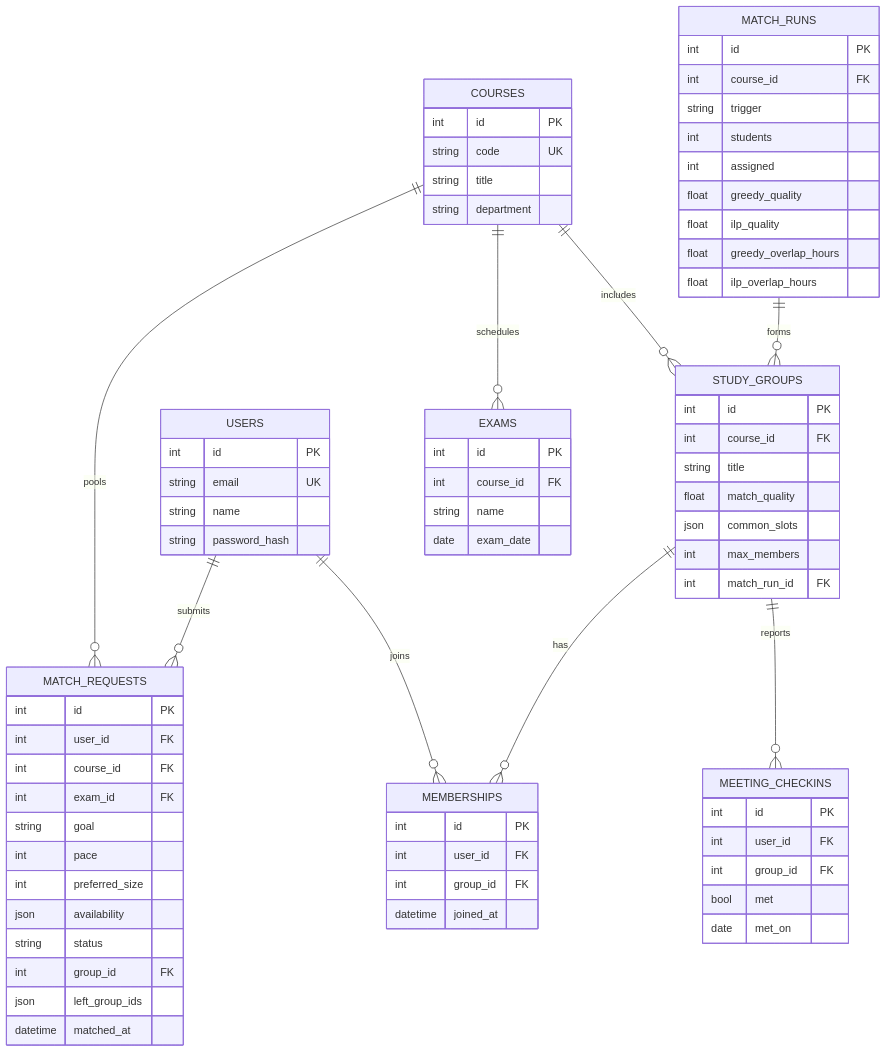
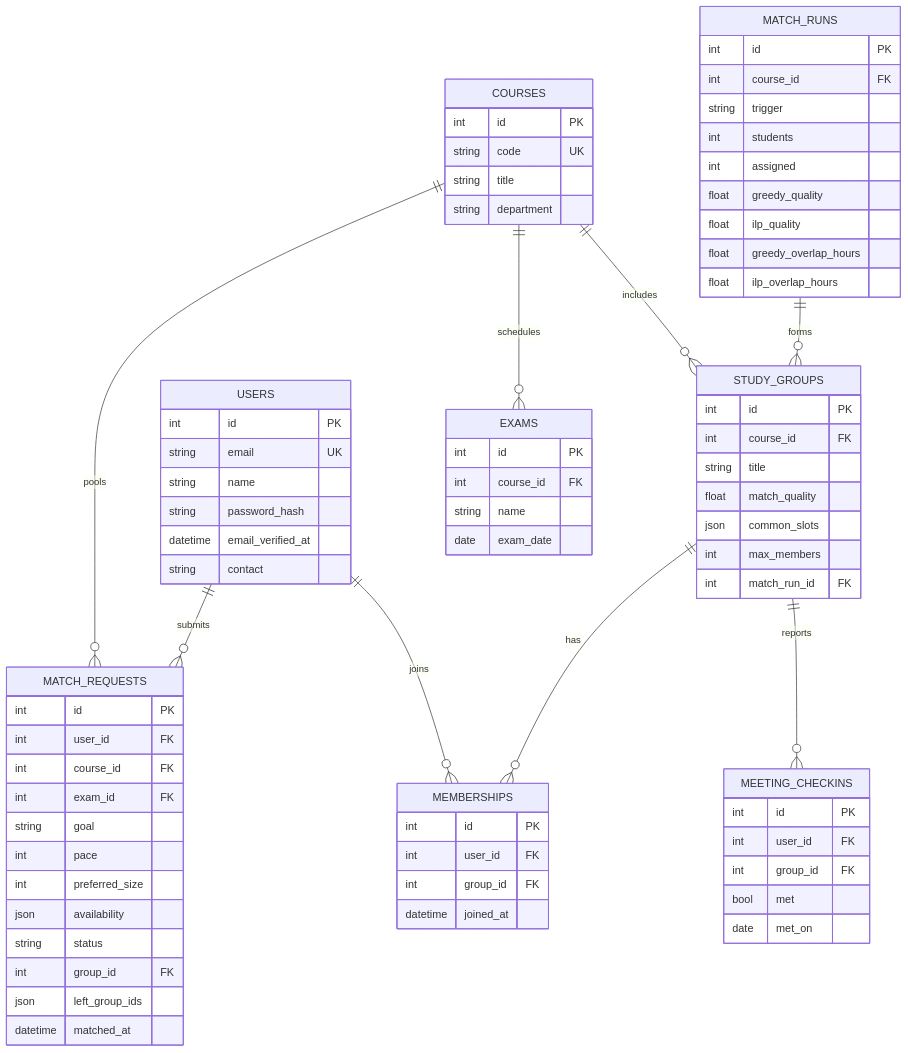
The diagram in docs/schema.md (jessicalanggg/campusconnect), drawn with Mermaid before and after one commit. The commit also changed 14 other files, not shown here.

````diff
--- a/docs/schema.md
+++ b/docs/schema.md
@@ -3,19 +3,19 @@
 ```mermaid
 erDiagram
  USERS ||--o{ MEMBERSHIPS : joins
  COURSES ||--o{ STUDY_GROUPS : includes
  STUDY_GROUPS ||--o{ MEMBERSHIPS : has
  STUDY_GROUPS ||--o{ MEETING_CHECKINS : reports
  COURSES ||--o{ EXAMS : schedules
  COURSES ||--o{ MATCH_REQUESTS : pools
  USERS ||--o{ MATCH_REQUESTS : submits
  MATCH_RUNS ||--o{ STUDY_GROUPS : forms
- USERS { int id PK string email UK string name string password_hash }
+ USERS { int id PK string email UK string name string password_hash datetime email_verified_at string contact }
  COURSES { int id PK string code UK string title string department }
  STUDY_GROUPS { int id PK int course_id FK string title float match_quality json common_slots int max_members int match_run_id FK }
  EXAMS { int id PK int course_id FK string name date exam_date }
  MATCH_REQUESTS { int id PK int user_id FK int course_id FK int exam_id FK string goal int pace int preferred_size json availability string status int group_id FK json left_group_ids datetime matched_at }
  MATCH_RUNS { int id PK int course_id FK string trigger int students int assigned float greedy_quality float ilp_quality float greedy_overlap_hours float ilp_overlap_hours }
  MEETING_CHECKINS { int id PK int user_id FK int group_id FK bool met date met_on }
  MEMBERSHIPS { int id PK int user_id FK int group_id FK datetime joined_at }
 ```
````
